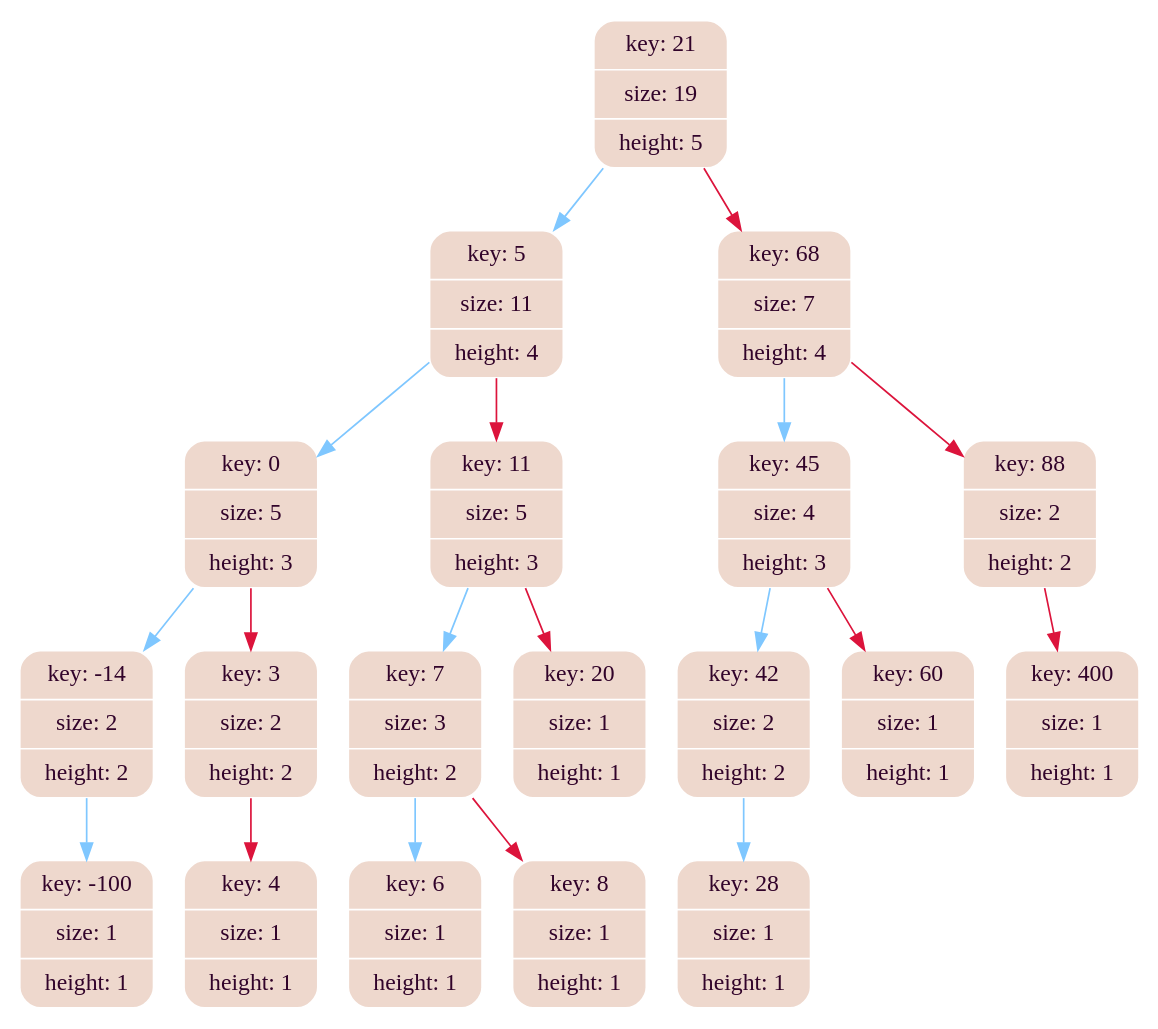
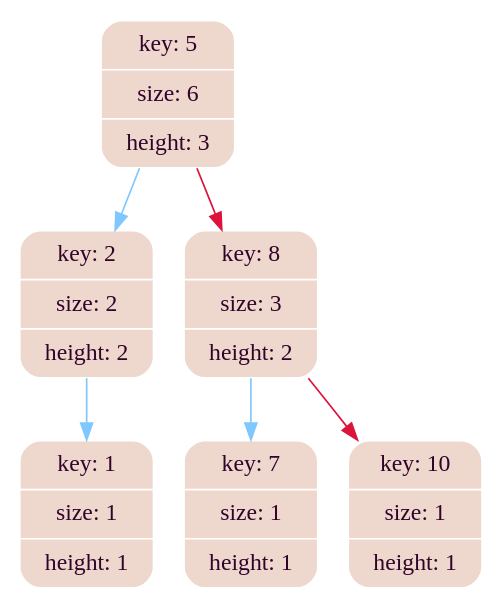
One commit to MaxGroshev/matrix changed the diagram in graph_lib/tree_dump.dot. Above: the diagram before and after it, drawn with Graphviz. The commit also changed 4 other files, not shown here.

Commit message:
improved graphviz

```diff
--- a/graph_lib/tree_dump.dot
+++ b/graph_lib/tree_dump.dot
@@ -1,43 +1,17 @@
-digraph   
+digraph
 {
 rankdir = ""
 splines = "true"
 
-node0x5583f62b1340 [shape      = "Mrecord", width = 1.1, height = 1.21,  fillcolor   = "#eed8cd", style = "filled", fontcolor= " #31032A", fontname = "Calibri", color = "white", label = "{key: 21| size: 19| height: 5}"]
-node0x5583f62b1340 -> node0x5583f62b12c0 [color = "#7FC7FF", style = "", constraint = true, fillcolor = "#7FC7FF",   fontcolor = "", fontname = "Calibri", label = ""];
-node0x5583f62b12c0 [shape      = "Mrecord", width = 1.1, height = 1.21,  fillcolor   = "#eed8cd", style = "filled", fontcolor= " #31032A", fontname = "Calibri", color = "white", label = "{key: 5| size: 11| height: 4}"]
-node0x5583f62b12c0 -> node0x5583f62b13c0 [color = "#7FC7FF", style = "", constraint = true, fillcolor = "#7FC7FF",   fontcolor = "", fontname = "Calibri", label = ""];
-node0x5583f62b13c0 [shape      = "Mrecord", width = 1.1, height = 1.21,  fillcolor   = "#eed8cd", style = "filled", fontcolor= " #31032A", fontname = "Calibri", color = "white", label = "{key: 0| size: 5| height: 3}"]
-node0x5583f62b13c0 -> node0x5583f62b1380 [color = "#7FC7FF", style = "", constraint = true, fillcolor = "#7FC7FF",   fontcolor = "", fontname = "Calibri", label = ""];
-node0x5583f62b1380 [shape      = "Mrecord", width = 1.1, height = 1.21,  fillcolor   = "#eed8cd", style = "filled", fontcolor= " #31032A", fontname = "Calibri", color = "white", label = "{key: -14| size: 2| height: 2}"]
-node0x5583f62b1380 -> node0x5583f62b1500 [color = "#7FC7FF", style = "", constraint = true, fillcolor = "#7FC7FF",   fontcolor = "", fontname = "Calibri", label = ""];
-node0x5583f62b1500 [shape      = "Mrecord", width = 1.1, height = 1.21,  fillcolor   = "#eed8cd", style = "filled", fontcolor= " #31032A", fontname = "Calibri", color = "white", label = "{key: -100| size: 1| height: 1}"]
-node0x5583f62b13c0 -> node0x5583f62b1400 [color = "#DC143C", style = "", constraint = true, fillcolor = "#DC143C",   fontcolor = "", fontname = "Calibri", label = ""];
-node0x5583f62b1400 [shape      = "Mrecord", width = 1.1, height = 1.21,  fillcolor   = "#eed8cd", style = "filled", fontcolor= " #31032A", fontname = "Calibri", color = "white", label = "{key: 3| size: 2| height: 2}"]
-node0x5583f62b1400 -> node0x5583f62b1640 [color = "#DC143C", style = "", constraint = true, fillcolor = "#DC143C",   fontcolor = "", fontname = "Calibri", label = ""];
-node0x5583f62b1640 [shape      = "Mrecord", width = 1.1, height = 1.21,  fillcolor   = "#eed8cd", style = "filled", fontcolor= " #31032A", fontname = "Calibri", color = "white", label = "{key: 4| size: 1| height: 1}"]
-node0x5583f62b12c0 -> node0x5583f62b1480 [color = "#DC143C", style = "", constraint = true, fillcolor = "#DC143C",   fontcolor = "", fontname = "Calibri", label = ""];
-node0x5583f62b1480 [shape      = "Mrecord", width = 1.1, height = 1.21,  fillcolor   = "#eed8cd", style = "filled", fontcolor= " #31032A", fontname = "Calibri", color = "white", label = "{key: 11| size: 5| height: 3}"]
-node0x5583f62b1480 -> node0x5583f62b16c0 [color = "#7FC7FF", style = "", constraint = true, fillcolor = "#7FC7FF",   fontcolor = "", fontname = "Calibri", label = ""];
-node0x5583f62b16c0 [shape      = "Mrecord", width = 1.1, height = 1.21,  fillcolor   = "#eed8cd", style = "filled", fontcolor= " #31032A", fontname = "Calibri", color = "white", label = "{key: 7| size: 3| height: 2}"]
-node0x5583f62b16c0 -> node0x5583f62b1680 [color = "#7FC7FF", style = "", constraint = true, fillcolor = "#7FC7FF",   fontcolor = "", fontname = "Calibri", label = ""];
-node0x5583f62b1680 [shape      = "Mrecord", width = 1.1, height = 1.21,  fillcolor   = "#eed8cd", style = "filled", fontcolor= " #31032A", fontname = "Calibri", color = "white", label = "{key: 6| size: 1| height: 1}"]
-node0x5583f62b16c0 -> node0x5583f62b1700 [color = "#DC143C", style = "", constraint = true, fillcolor = "#DC143C",   fontcolor = "", fontname = "Calibri", label = ""];
-node0x5583f62b1700 [shape      = "Mrecord", width = 1.1, height = 1.21,  fillcolor   = "#eed8cd", style = "filled", fontcolor= " #31032A", fontname = "Calibri", color = "white", label = "{key: 8| size: 1| height: 1}"]
-node0x5583f62b1480 -> node0x5583f62b1300 [color = "#DC143C", style = "", constraint = true, fillcolor = "#DC143C",   fontcolor = "", fontname = "Calibri", label = ""];
-node0x5583f62b1300 [shape      = "Mrecord", width = 1.1, height = 1.21,  fillcolor   = "#eed8cd", style = "filled", fontcolor= " #31032A", fontname = "Calibri", color = "white", label = "{key: 20| size: 1| height: 1}"]
-node0x5583f62b1340 -> node0x5583f62b1580 [color = "#DC143C", style = "", constraint = true, fillcolor = "#DC143C",   fontcolor = "", fontname = "Calibri", label = ""];
-node0x5583f62b1580 [shape      = "Mrecord", width = 1.1, height = 1.21,  fillcolor   = "#eed8cd", style = "filled", fontcolor= " #31032A", fontname = "Calibri", color = "white", label = "{key: 68| size: 7| height: 4}"]
-node0x5583f62b1580 -> node0x5583f62b14c0 [color = "#7FC7FF", style = "", constraint = true, fillcolor = "#7FC7FF",   fontcolor = "", fontname = "Calibri", label = ""];
-node0x5583f62b14c0 [shape      = "Mrecord", width = 1.1, height = 1.21,  fillcolor   = "#eed8cd", style = "filled", fontcolor= " #31032A", fontname = "Calibri", color = "white", label = "{key: 45| size: 4| height: 3}"]
-node0x5583f62b14c0 -> node0x5583f62b1440 [color = "#7FC7FF", style = "", constraint = true, fillcolor = "#7FC7FF",   fontcolor = "", fontname = "Calibri", label = ""];
-node0x5583f62b1440 [shape      = "Mrecord", width = 1.1, height = 1.21,  fillcolor   = "#eed8cd", style = "filled", fontcolor= " #31032A", fontname = "Calibri", color = "white", label = "{key: 42| size: 2| height: 2}"]
-node0x5583f62b1440 -> node0x5583f62b1740 [color = "#7FC7FF", style = "", constraint = true, fillcolor = "#7FC7FF",   fontcolor = "", fontname = "Calibri", label = ""];
-node0x5583f62b1740 [shape      = "Mrecord", width = 1.1, height = 1.21,  fillcolor   = "#eed8cd", style = "filled", fontcolor= " #31032A", fontname = "Calibri", color = "white", label = "{key: 28| size: 1| height: 1}"]
-node0x5583f62b14c0 -> node0x5583f62b1600 [color = "#DC143C", style = "", constraint = true, fillcolor = "#DC143C",   fontcolor = "", fontname = "Calibri", label = ""];
-node0x5583f62b1600 [shape      = "Mrecord", width = 1.1, height = 1.21,  fillcolor   = "#eed8cd", style = "filled", fontcolor= " #31032A", fontname = "Calibri", color = "white", label = "{key: 60| size: 1| height: 1}"]
-node0x5583f62b1580 -> node0x5583f62b15c0 [color = "#DC143C", style = "", constraint = true, fillcolor = "#DC143C",   fontcolor = "", fontname = "Calibri", label = ""];
-node0x5583f62b15c0 [shape      = "Mrecord", width = 1.1, height = 1.21,  fillcolor   = "#eed8cd", style = "filled", fontcolor= " #31032A", fontname = "Calibri", color = "white", label = "{key: 88| size: 2| height: 2}"]
-node0x5583f62b15c0 -> node0x5583f62b1540 [color = "#DC143C", style = "", constraint = true, fillcolor = "#DC143C",   fontcolor = "", fontname = "Calibri", label = ""];
-node0x5583f62b1540 [shape      = "Mrecord", width = 1.1, height = 1.21,  fillcolor   = "#eed8cd", style = "filled", fontcolor= " #31032A", fontname = "Calibri", color = "white", label = "{key: 400| size: 1| height: 1}"]
+node0x562da19d46d0 [shape      = "Mrecord", width = 1.1, height = 1.21,  fillcolor   = "#eed8cd", style = "filled", fontcolor= " #31032A", fontname = "Calibri", color = "white", label = "{key: 5| size: 6| height: 3}"]
+node0x562da19d46d0 -> node0x562da19d4750 [color = "#7FC7FF", style = "", constraint = true, fillcolor = "#7FC7FF",   fontcolor = "", fontname = "Calibri", label = ""];
+node0x562da19d4750 [shape      = "Mrecord", width = 1.1, height = 1.21,  fillcolor   = "#eed8cd", style = "filled", fontcolor= " #31032A", fontname = "Calibri", color = "white", label = "{key: 2| size: 2| height: 2}"]
+node0x562da19d4750 -> node0x562da19d4790 [color = "#7FC7FF", style = "", constraint = true, fillcolor = "#7FC7FF",   fontcolor = "", fontname = "Calibri", label = ""];
+node0x562da19d4790 [shape      = "Mrecord", width = 1.1, height = 1.21,  fillcolor   = "#eed8cd", style = "filled", fontcolor= " #31032A", fontname = "Calibri", color = "white", label = "{key: 1| size: 1| height: 1}"]
+node0x562da19d46d0 -> node0x562da19d4710 [color = "#DC143C", style = "", constraint = true, fillcolor = "#DC143C",   fontcolor = "", fontname = "Calibri", label = ""];
+node0x562da19d4710 [shape      = "Mrecord", width = 1.1, height = 1.21,  fillcolor   = "#eed8cd", style = "filled", fontcolor= " #31032A", fontname = "Calibri", color = "white", label = "{key: 8| size: 3| height: 2}"]
+node0x562da19d4710 -> node0x562da19d47d0 [color = "#7FC7FF", style = "", constraint = true, fillcolor = "#7FC7FF",   fontcolor = "", fontname = "Calibri", label = ""];
+node0x562da19d47d0 [shape      = "Mrecord", width = 1.1, height = 1.21,  fillcolor   = "#eed8cd", style = "filled", fontcolor= " #31032A", fontname = "Calibri", color = "white", label = "{key: 7| size: 1| height: 1}"]
+node0x562da19d4710 -> node0x562da19d4810 [color = "#DC143C", style = "", constraint = true, fillcolor = "#DC143C",   fontcolor = "", fontname = "Calibri", label = ""];
+node0x562da19d4810 [shape      = "Mrecord", width = 1.1, height = 1.21,  fillcolor   = "#eed8cd", style = "filled", fontcolor= " #31032A", fontname = "Calibri", color = "white", label = "{key: 10| size: 1| height: 1}"]
 }
```
